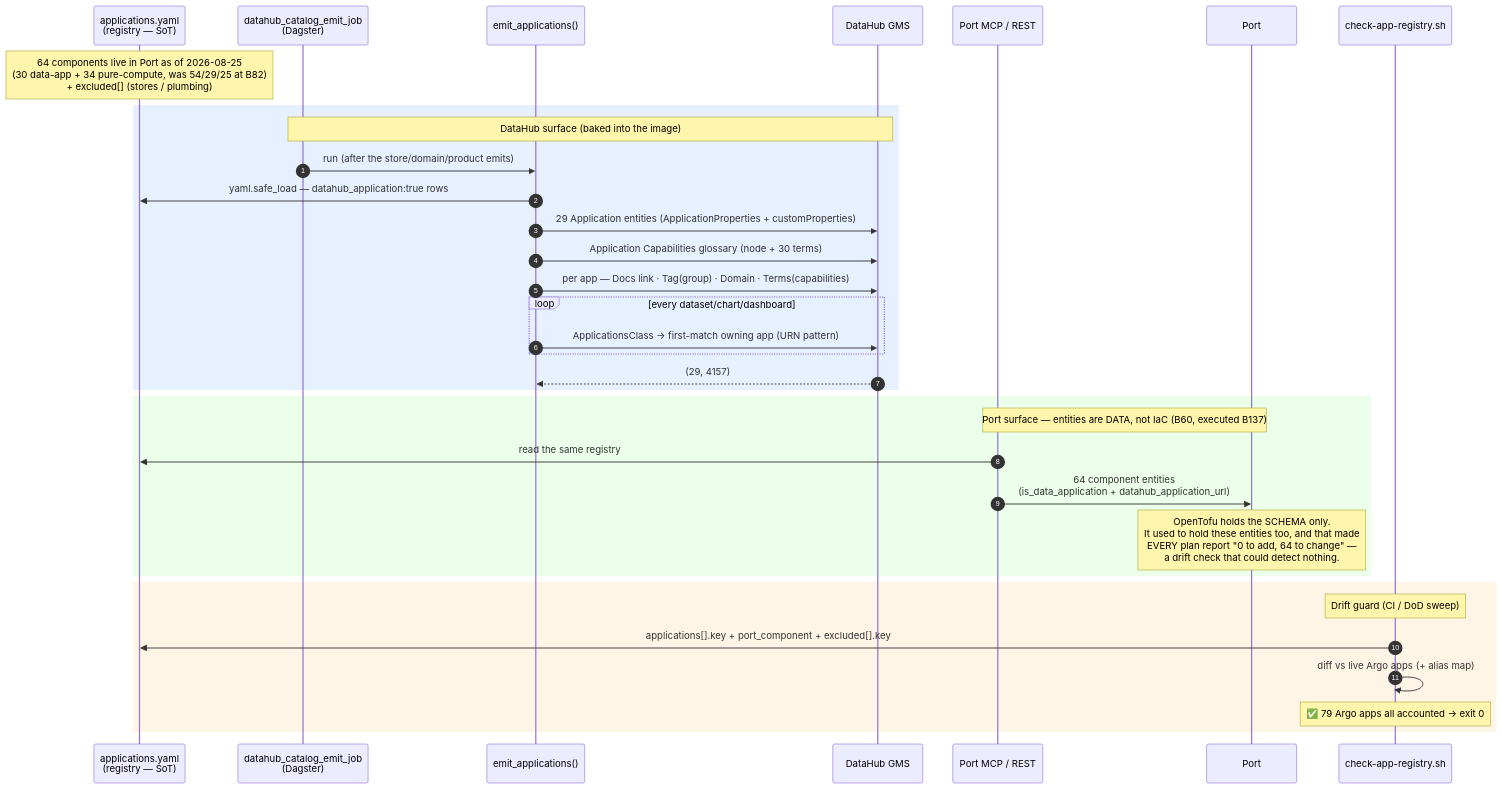
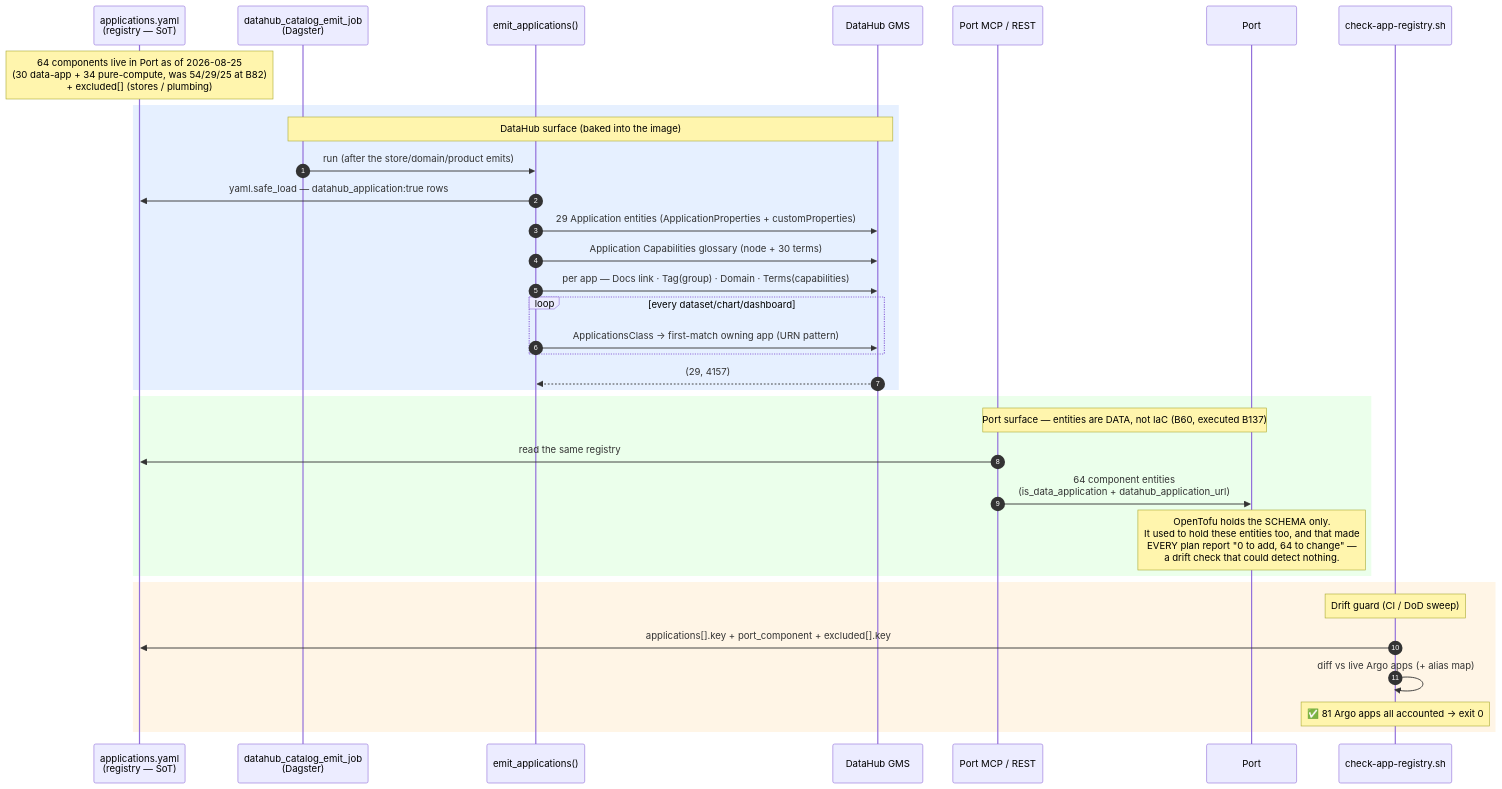
Before and after one commit to edtbl76/weyland-lab: the diagram in docs/diagrams/flow-application-taxonomy.md, drawn with Mermaid. The commit also changed 23 other files, not shown here.

````diff
--- a/docs/diagrams/flow-application-taxonomy.md
+++ b/docs/diagrams/flow-application-taxonomy.md
@@ -6,40 +6,40 @@
 ```mermaid
 sequenceDiagram
     autonumber
     participant REG as applications.yaml<br/>(registry — SoT)
     participant JOB as datahub_catalog_emit_job<br/>(Dagster)
     participant EMIT as emit_applications()
     participant GMS as DataHub GMS
     participant MCP as Port MCP / REST
     participant PORT as Port
     participant CHK as check-app-registry.sh
 
     Note over REG: 64 components live in Port as of 2026-08-25<br/>(30 data-app + 34 pure-compute, was 54/29/25 at B82)<br/>+ excluded[] (stores / plumbing)
 
     rect rgb(230,240,255)
     Note over JOB,GMS: DataHub surface (baked into the image)
     JOB->>EMIT: run (after the store/domain/product emits)
     EMIT->>REG: yaml.safe_load — datahub_application:true rows
     EMIT->>GMS: 29 Application entities (ApplicationProperties + customProperties)
     EMIT->>GMS: Application Capabilities glossary (node + 30 terms)
     EMIT->>GMS: per app — Docs link · Tag(group) · Domain · Terms(capabilities)
     loop every dataset/chart/dashboard
         EMIT->>GMS: ApplicationsClass → first-match owning app (URN pattern)
     end
     GMS-->>EMIT: (29, 4157)
     end
 
     rect rgb(235,255,235)
     Note over MCP,PORT: Port surface — entities are DATA, not IaC (B60, executed B137)
     MCP->>REG: read the same registry
     MCP->>PORT: 64 component entities<br/>(is_data_application + datahub_application_url)
     Note over PORT: OpenTofu holds the SCHEMA only.<br/>It used to hold these entities too, and that made<br/>EVERY plan report "0 to add, 64 to change" —<br/>a drift check that could detect nothing.
     end
 
     rect rgb(255,245,230)
     Note over CHK: Drift guard (CI / DoD sweep)
     CHK->>REG: applications[].key + port_component + excluded[].key
     CHK->>CHK: diff vs live Argo apps (+ alias map)
-    Note over CHK: ✅ 79 Argo apps all accounted → exit 0
+    Note over CHK: ✅ 81 Argo apps all accounted → exit 0
     end
 ```
````
